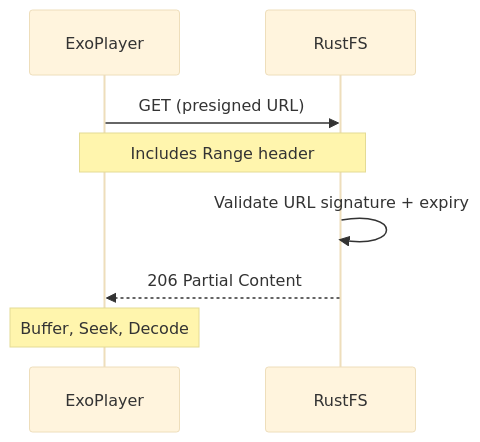
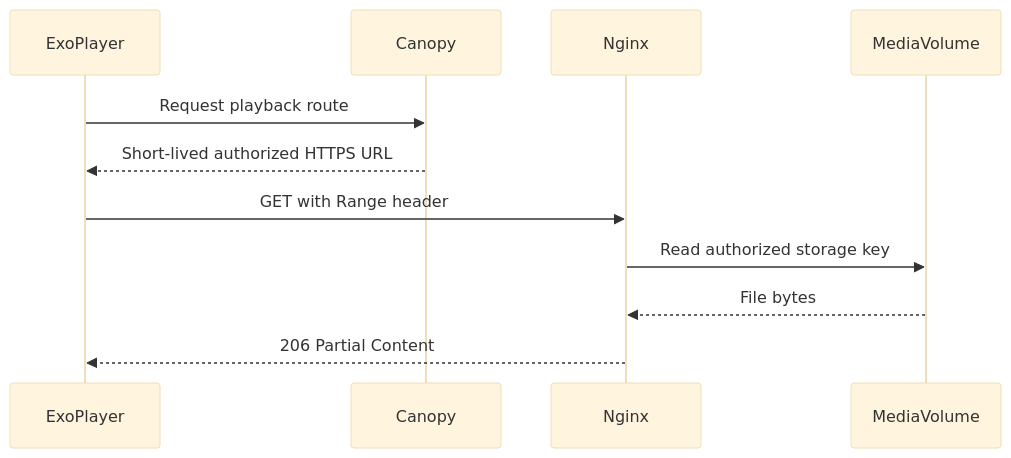
One commit to adrianrusu16/Canopy changed the sixth of 7 diagrams in README.md. Above: the diagram before and after it, drawn with Mermaid (base theme). The commit also changed other lines of this file and 20 other files, not shown here.

````diff
--- a/README.md
+++ b/README.md
@@ -489,15 +461,14 @@
 ```mermaid
 sequenceDiagram
+    participant ExoPlayer
+    participant Canopy
+    participant Nginx
+    participant MediaVolume
 
-    participant ExoPlayer
-    participant RustFS
-
-    ExoPlayer->>RustFS: GET (presigned URL)
-    Note over ExoPlayer,RustFS: Includes Range header
-
-    RustFS->>RustFS: Validate URL signature + expiry
-
-    RustFS-->>ExoPlayer: 206 Partial Content
-
-    Note over ExoPlayer: Buffer, Seek, Decode
+    ExoPlayer->>Canopy: Request playback route
+    Canopy-->>ExoPlayer: Short-lived authorized HTTPS URL
+    ExoPlayer->>Nginx: GET with Range header
+    Nginx->>MediaVolume: Read authorized storage key
+    MediaVolume-->>Nginx: File bytes
+    Nginx-->>ExoPlayer: 206 Partial Content
 ```
````
